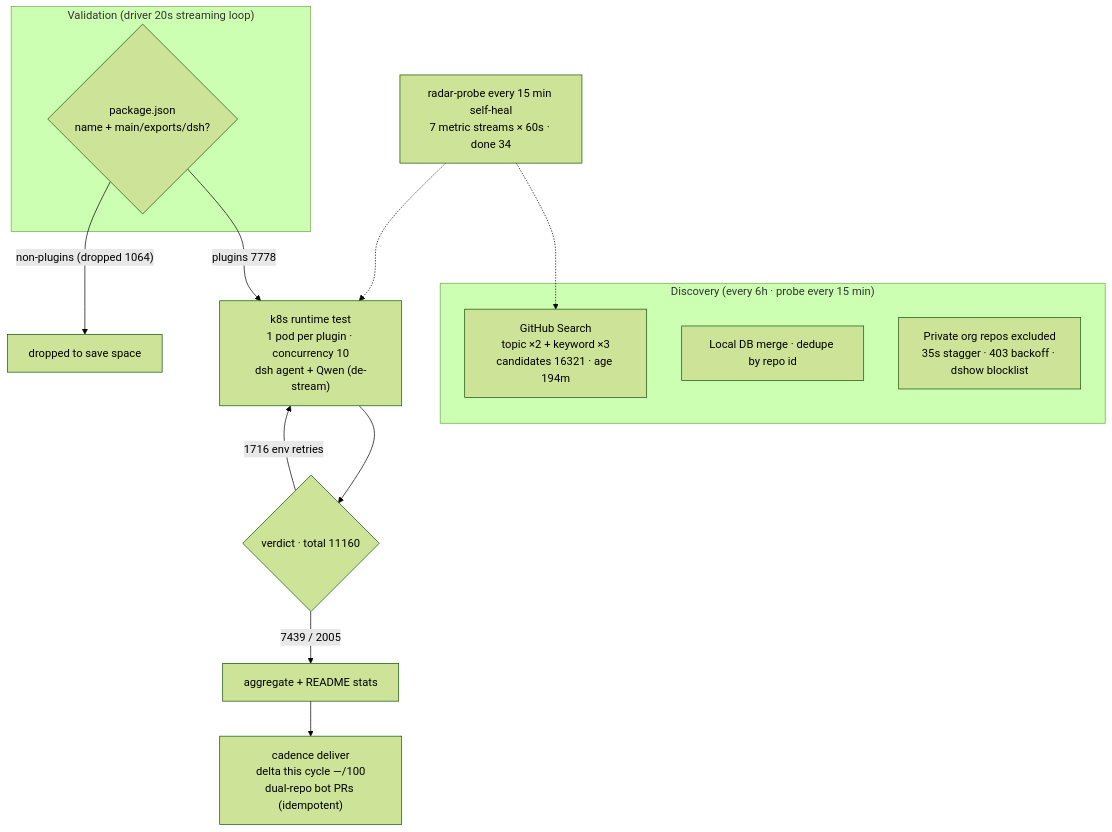
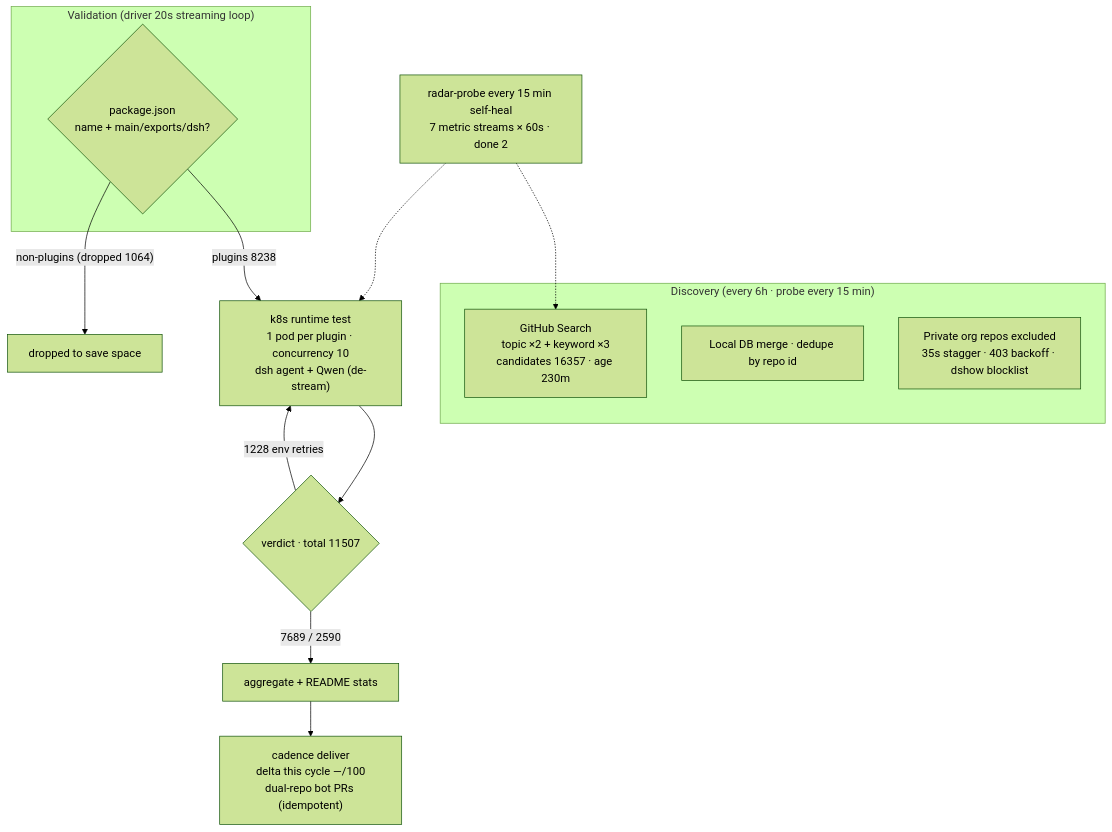
The diagram in README.en-US.md (Zhidao-Lab-OSS/awesome-dsh-plugins), drawn with Mermaid (forest theme) before and after one commit. The commit also changed other lines of this file and 1 other file, not shown here.

````diff
--- a/README.en-US.md
+++ b/README.en-US.md
@@ -45,20 +45,20 @@
 ```mermaid
 flowchart TB
     subgraph Discovery["Discovery (every 6h · probe every 15 min)"]
-        A1["GitHub Search<br/>topic ×2 + keyword ×3<br/>candidates 16321 · age 194m"]
+        A1["GitHub Search<br/>topic ×2 + keyword ×3<br/>candidates 16357 · age 230m"]
         A2["Local DB merge · dedupe by repo id"]
         A3["Private org repos excluded<br/>35s stagger · 403 backoff · dshow blocklist"]
     end
     subgraph Validation["Validation (driver 20s streaming loop)"]
         B1{"package.json<br/>name + main/exports/dsh?"}
     end
-    B1 -->|"plugins 7778"| C1["k8s runtime test<br/>1 pod per plugin · concurrency 10<br/>dsh agent + Qwen (de-stream)"]
+    B1 -->|"plugins 8238"| C1["k8s runtime test<br/>1 pod per plugin · concurrency 10<br/>dsh agent + Qwen (de-stream)"]
     B1 -->|"non-plugins (dropped 1064)"| B3["dropped to save space"]
-    C1 --> D1{"verdict · total 11160"}
-    D1 -->|"7439 / 2005"| E1["aggregate + README stats"]
-    D1 -->|"1716 env retries"| C1
+    C1 --> D1{"verdict · total 11507"}
+    D1 -->|"7689 / 2590"| E1["aggregate + README stats"]
+    D1 -->|"1228 env retries"| C1
     E1 --> E2["cadence deliver<br/>delta this cycle —/100<br/>dual-repo bot PRs (idempotent)"]
-    M["radar-probe every 15 min self-heal<br/>7 metric streams × 60s · done 34"]
+    M["radar-probe every 15 min self-heal<br/>7 metric streams × 60s · done 2"]
     M -.-> A1
     M -.-> C1
 ```
````
